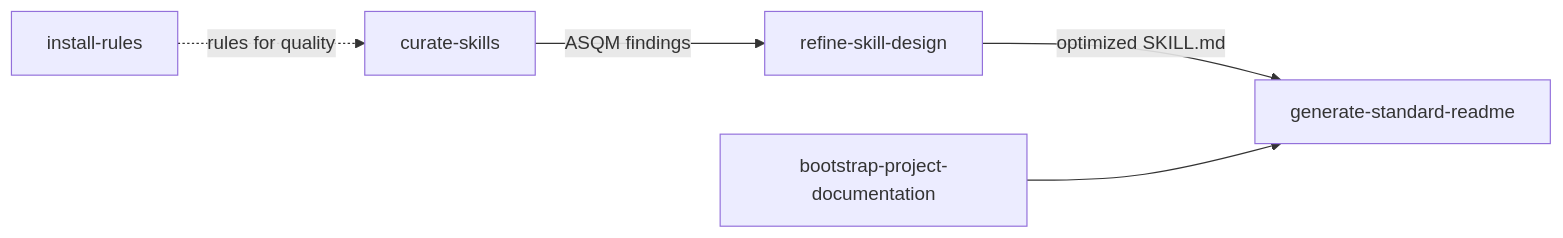
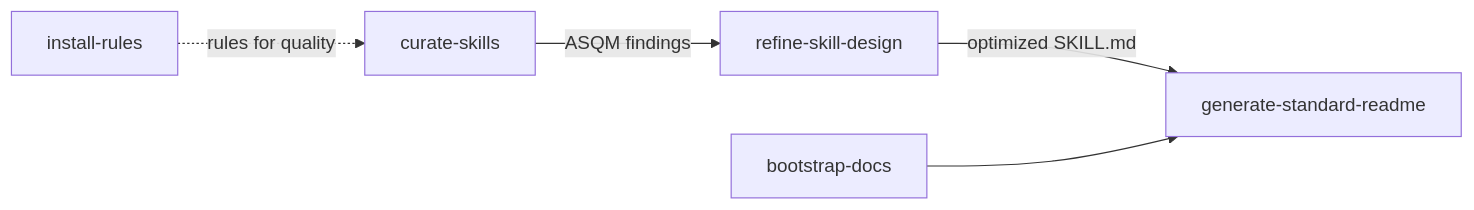
One commit to nesnilnehc/ai-cortex changed the fifth of 6 diagrams in skills/skillgraph.md. Above: the diagram before and after it, drawn with Mermaid. The commit also changed other lines of this file and 49 other files, not shown here.

````diff
--- a/skills/skillgraph.md
+++ b/skills/skillgraph.md
@@ -228,13 +228,13 @@
 ```mermaid
 flowchart LR
   curate[curate-skills]
   refine[refine-skill-design]
   readme_gen[generate-standard-readme]
-  bootstrap[bootstrap-project-documentation]
+  bootstrap[bootstrap-docs]
   install[install-rules]
 
   curate -->|ASQM findings| refine
   refine -->|optimized SKILL.md| readme_gen
   bootstrap --> readme_gen
   install -.->|rules for quality| curate
 ```
````
